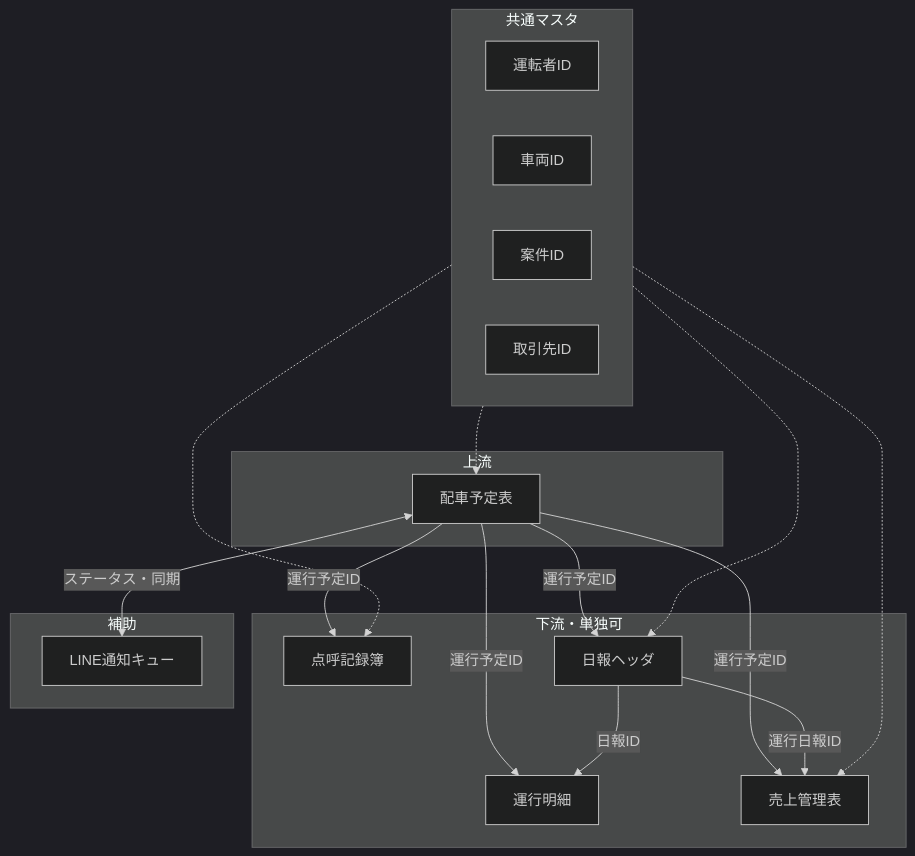
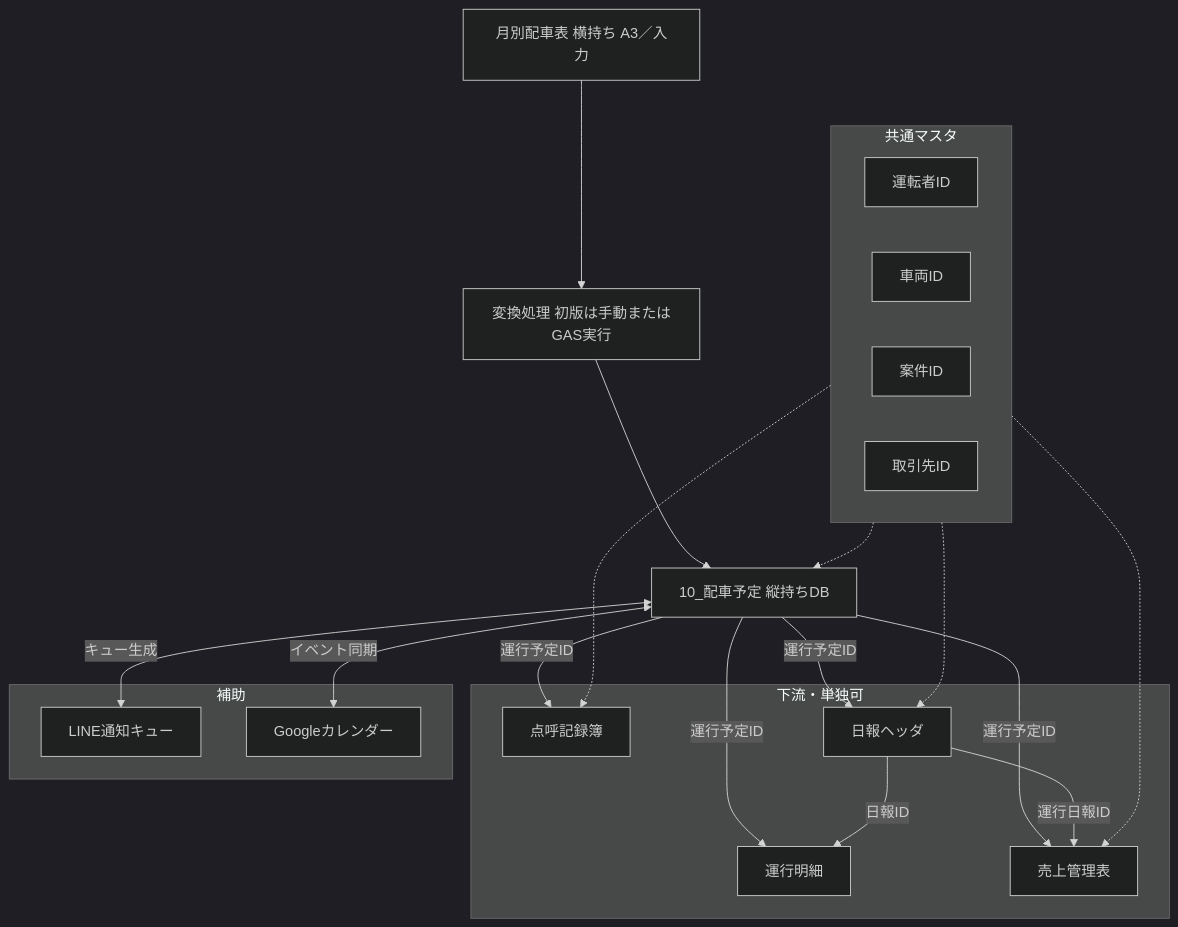
The diagram in docs/system_design.md (triggerworks04-bot/unsou-system-2), drawn with Mermaid (dark theme) before and after one commit. The commit also changed other lines of this file and 9 other files, not shown here.

````diff
--- a/docs/system_design.md
+++ b/docs/system_design.md
@@ -25,32 +55,35 @@
 ```mermaid
 flowchart TB
   subgraph masters [共通マスタ]
     D[運転者ID]
     V[車両ID]
     P[案件ID]
     C[取引先ID]
   end
-  subgraph upstream [上流]
-    CAL[配車予定表]
-  end
+  PRINT[月別配車表 横持ち A3／入力]
+  XFORM[変換処理 初版は手動またはGAS実行]
+  CAL[10_配車予定 縦持ちDB]
   subgraph downstream [下流・単独可]
     T[点呼記録簿]
     DRH[日報ヘッダ]
     DRR[運行明細]
     S[売上管理表]
   end
   subgraph aux [補助]
     LNQ[LINE通知キュー]
+    GC[Googleカレンダー]
   end
+  PRINT --> XFORM --> CAL
   CAL -->|運行予定ID| T
   CAL -->|運行予定ID| DRH
   CAL -->|運行予定ID| DRR
   CAL -->|運行予定ID| S
   DRH -->|日報ID| DRR
   DRH -->|運行日報ID| S
-  CAL <-->|ステータス・同期| LNQ
+  CAL <-->|イベント同期| GC
+  CAL <-->|キュー生成| LNQ
   masters -.-> CAL
   masters -.-> T
   masters -.-> DRH
   masters -.-> S
 ```
````
